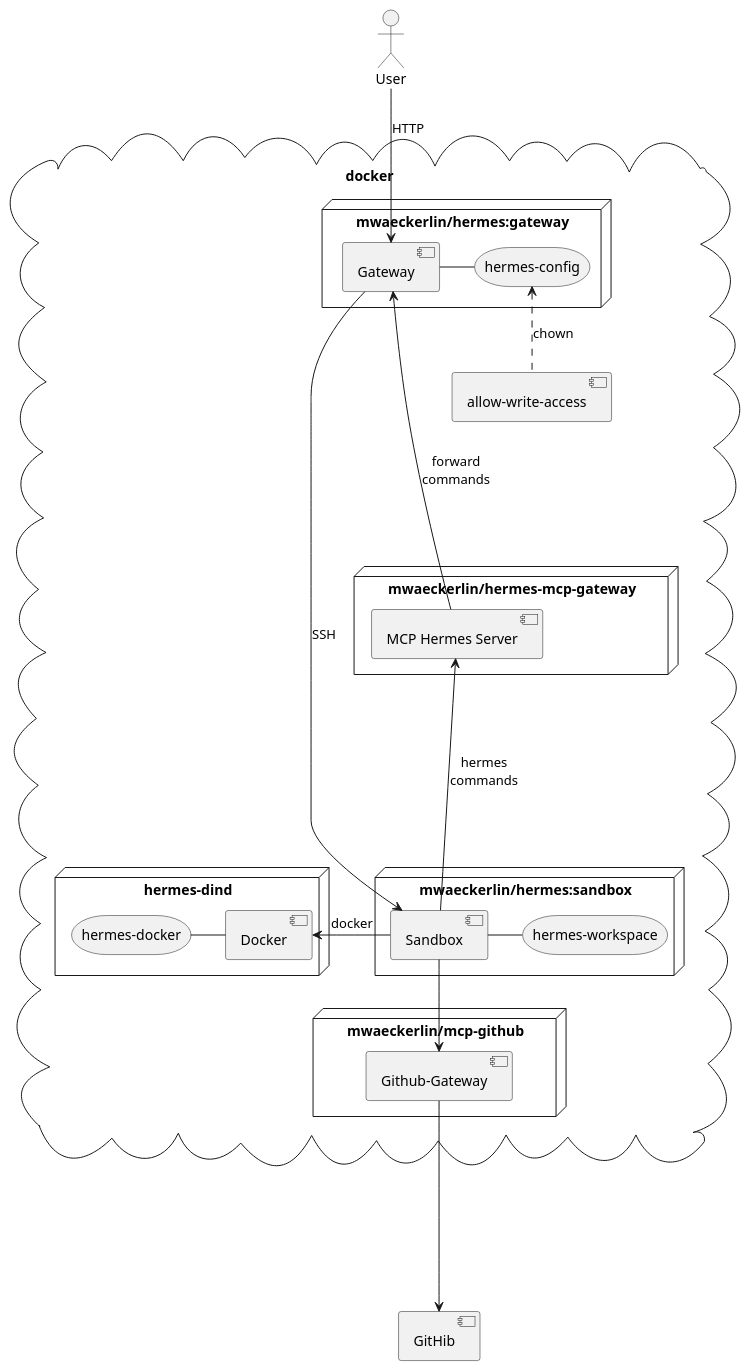
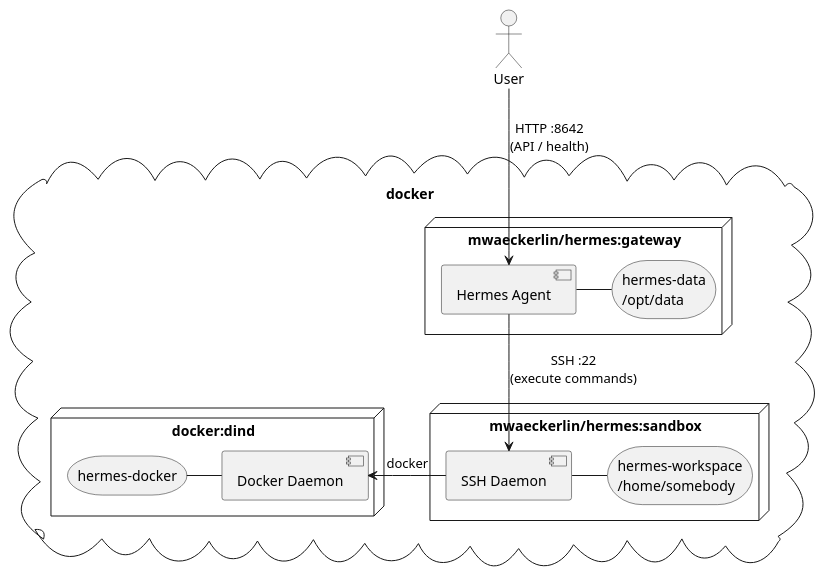
The second of 2 diagrams in README.md (mwaeckerlin/hermes), drawn with PlantUML before and after one commit. The commit also changed other lines of this file and 9 other files, not shown here.

First line of the commit message:
fix: replace all fabricated config with real nousresearch/hermes-agent implementation

````diff
--- a/README.md
+++ b/README.md
@@ -81,46 +85,30 @@
 ```plantuml
-
 @startuml architecture
 actor User as user
 
 cloud docker {
 
   node "mwaeckerlin/hermes:gateway" as gw {
-    [Gateway] as ctrl
-    storage "hermes-config" as cfg
+    [Hermes Agent] as ctrl
+    storage "hermes-data\n/opt/data" as cfg
     ctrl - cfg
   }
 
-  node "mwaeckerlin/hermes-mcp-gateway" {
-    [MCP Hermes Server] as mcp
-  }
-
   node "mwaeckerlin/hermes:sandbox" as sb {
-    [Sandbox] as sshd
-    storage "hermes-workspace" as ws
+    [SSH Daemon] as sshd
+    storage "hermes-workspace\n/home/somebody" as ws
     sshd -right- ws
   }
 
-  node "hermes-dind" as dind {
-    [Docker] as dd
+  node "docker:dind" as dind {
+    [Docker Daemon] as dd
     storage "hermes-docker" as dv
     dd -left- dv
   }
-
-  node "mwaeckerlin/mcp-github" {
-    [Github-Gateway] as gh
-  }
-
-  component "allow-write-access" as aw
 }
 
-user --> ctrl : "HTTP"
-ctrl --> sshd : "SSH"
-sshd --up--> mcp : hermes\ncommands
-mcp --up--> ctrl : forward\ncommands
+user --> ctrl : "HTTP :8642\n(API / health)"
+ctrl --> sshd : "SSH :22\n(execute commands)"
 sshd -left-> dd : docker
-aw .up.> cfg : chown
-sshd --> gh
-gh ----> [GitHib]
 @enduml
 ```
````
